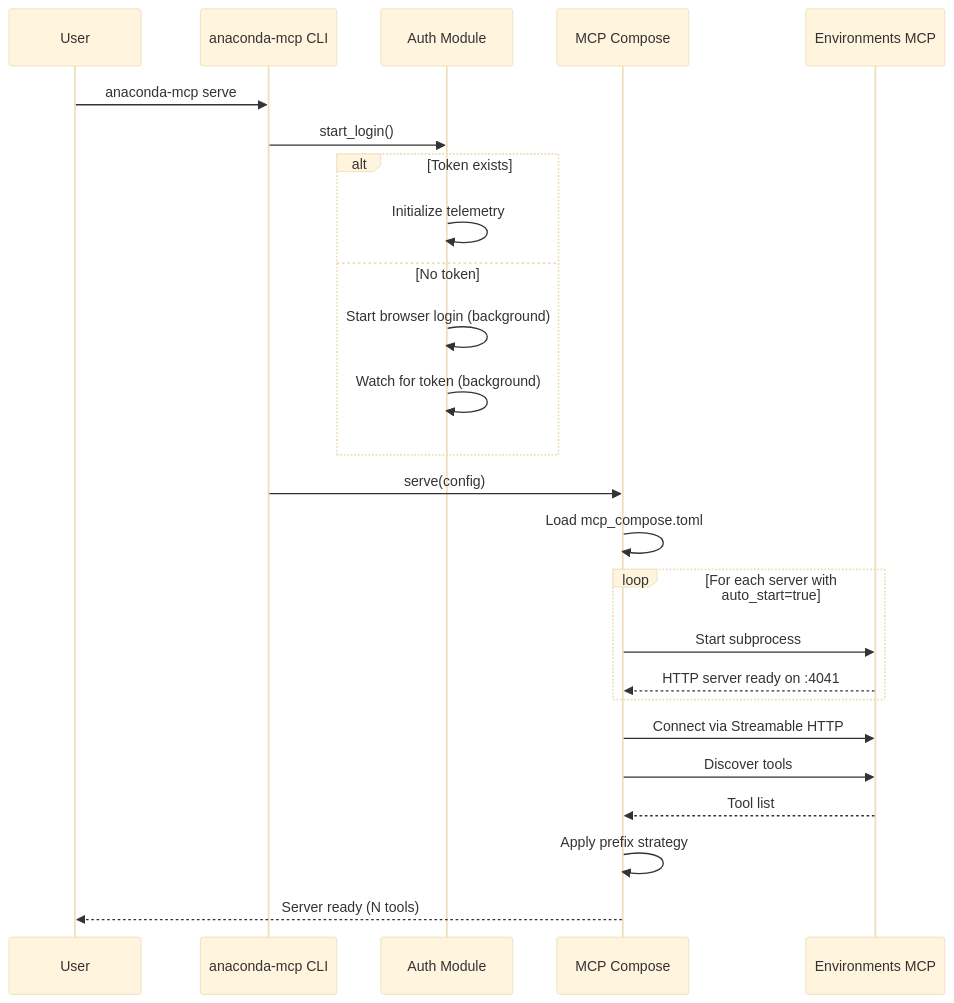
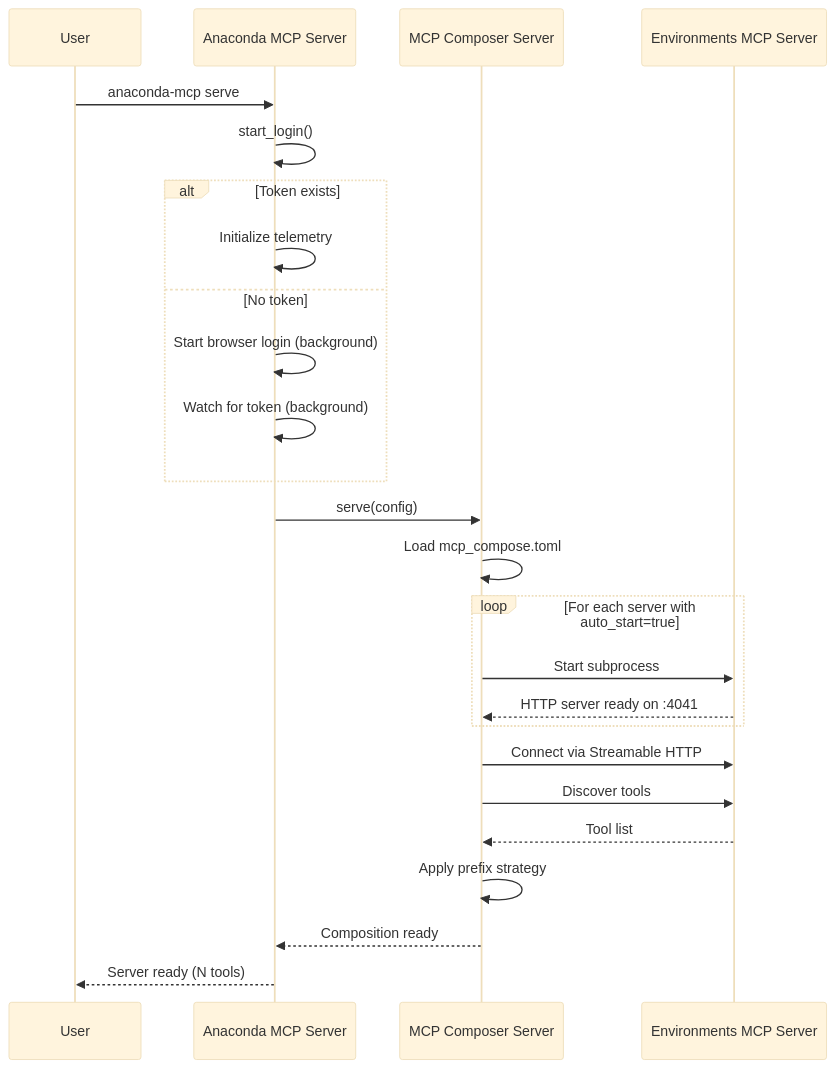
Before and after one commit to anaconda/anaconda-mcp: the sixth of 6 diagrams in docs/ARCHITECTURE.md, drawn with Mermaid (base theme). The commit also changed other lines of this file, not shown here.

Commit message:
docs: fixes for the architecture document

````diff
--- a/docs/ARCHITECTURE.md
+++ b/docs/ARCHITECTURE.md
@@ -211,32 +240,32 @@
 ```mermaid
 sequenceDiagram
     participant User
-    participant CLI as anaconda-mcp CLI
-    participant Auth as Auth Module
-    participant Compose as MCP Compose
-    participant ENV as Environments MCP
+    participant Anaconda as Anaconda MCP Server
+    participant Composer as MCP Composer Server
+    participant ENV as Environments MCP Server
 
-    User->>CLI: anaconda-mcp serve
-    CLI->>Auth: start_login()
+    User->>Anaconda: anaconda-mcp serve
+    Anaconda->>Anaconda: start_login()
     
     alt Token exists
-        Auth->>Auth: Initialize telemetry
+        Anaconda->>Anaconda: Initialize telemetry
     else No token
-        Auth->>Auth: Start browser login (background)
-        Auth->>Auth: Watch for token (background)
+        Anaconda->>Anaconda: Start browser login (background)
+        Anaconda->>Anaconda: Watch for token (background)
     end
     
-    CLI->>Compose: serve(config)
-    Compose->>Compose: Load mcp_compose.toml
+    Anaconda->>Composer: serve(config)
+    Composer->>Composer: Load mcp_compose.toml
     
     loop For each server with auto_start=true
-        Compose->>ENV: Start subprocess
-        ENV-->>Compose: HTTP server ready on :4041
+        Composer->>ENV: Start subprocess
+        ENV-->>Composer: HTTP server ready on :4041
     end
     
-    Compose->>ENV: Connect via Streamable HTTP
-    Compose->>ENV: Discover tools
-    ENV-->>Compose: Tool list
-    Compose->>Compose: Apply prefix strategy
-    Compose-->>User: Server ready (N tools)
+    Composer->>ENV: Connect via Streamable HTTP
+    Composer->>ENV: Discover tools
+    ENV-->>Composer: Tool list
+    Composer->>Composer: Apply prefix strategy
+    Composer-->>Anaconda: Composition ready
+    Anaconda-->>User: Server ready (N tools)
 ```
````
